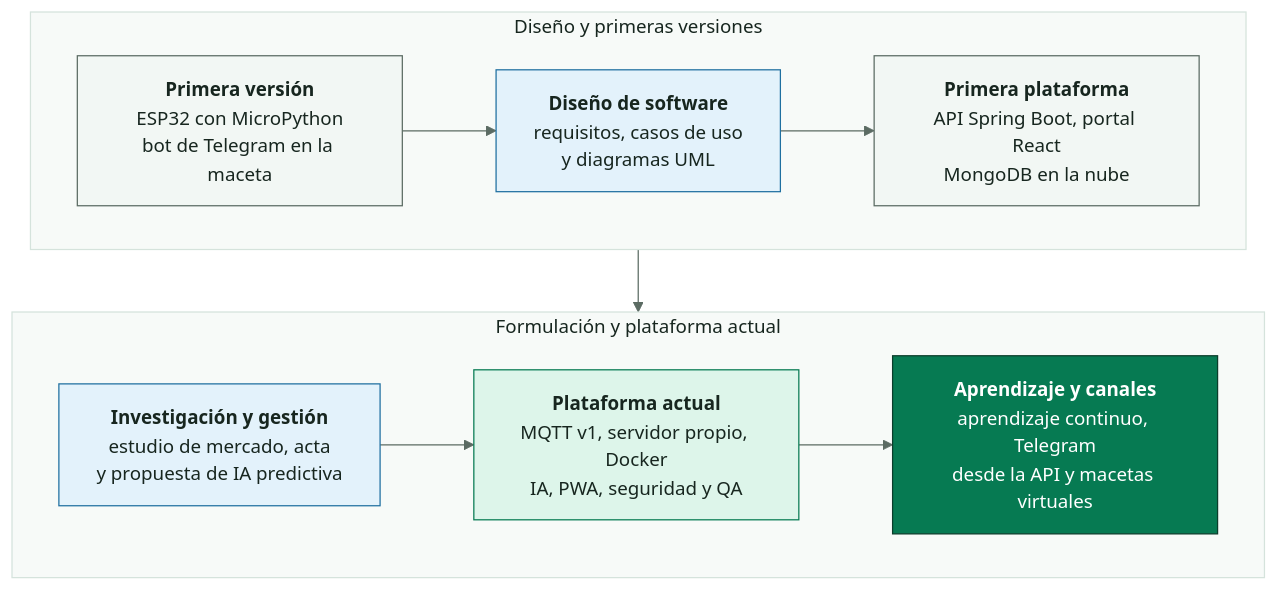
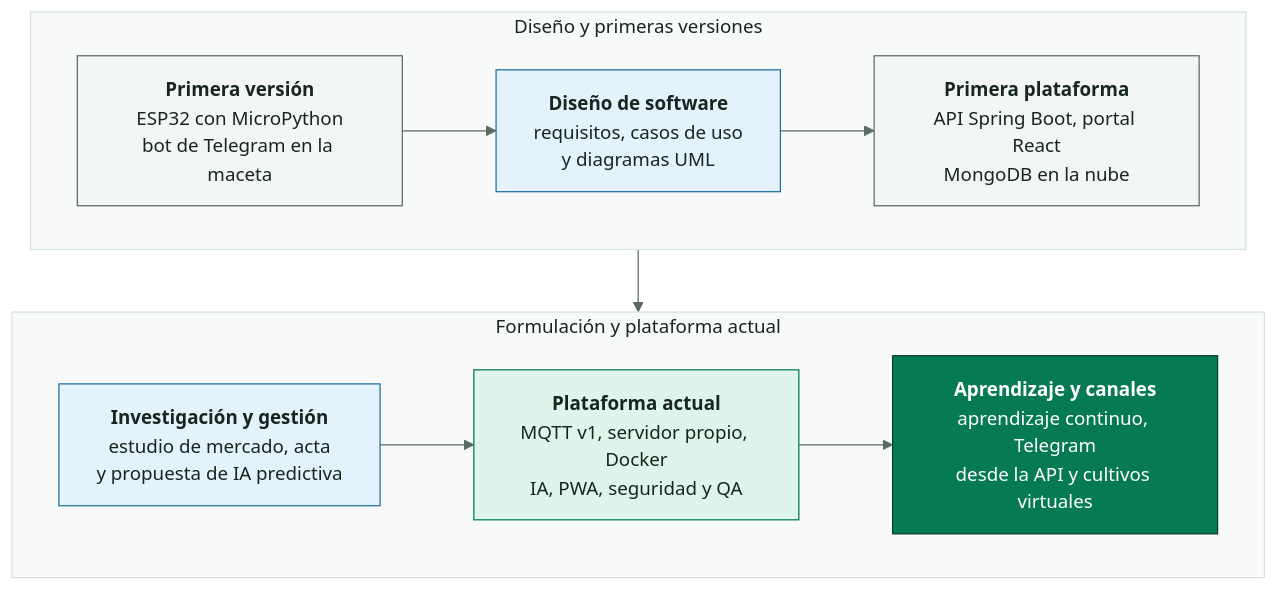
Before and after one commit to SmartPotTech/.github: the diagram in docs/diagrams/SmartPot_17_Evolution.mmd, drawn with Mermaid.

Commit message:
Mention virtual crops in the evolution diagram

```diff
--- a/docs/diagrams/SmartPot_17_Evolution.mmd
+++ b/docs/diagrams/SmartPot_17_Evolution.mmd
@@ -1,21 +1,21 @@
 %%{init: {"theme": "base", "fontFamily": "Segoe UI, Arial, sans-serif", "themeVariables": {"fontFamily": "Segoe UI, Arial, sans-serif", "fontSize": "15px", "primaryColor": "#DDF5EA", "primaryTextColor": "#17261F", "primaryBorderColor": "#067A52", "secondaryColor": "#E3F2FB", "secondaryTextColor": "#17261F", "secondaryBorderColor": "#1F6FA0", "tertiaryColor": "#F2F7F4", "tertiaryTextColor": "#17261F", "tertiaryBorderColor": "#D5E3DC", "lineColor": "#5B6B63", "textColor": "#17261F", "mainBkg": "#DDF5EA", "nodeBorder": "#067A52", "clusterBkg": "#F7FAF8", "clusterBorder": "#D5E3DC", "edgeLabelBackground": "#FFFFFF", "actorBkg": "#067A52", "actorBorder": "#0B3D2B", "actorTextColor": "#FFFFFF", "actorLineColor": "#5B6B63", "signalColor": "#17261F", "signalTextColor": "#17261F", "labelBoxBkgColor": "#0B3D2B", "labelBoxBorderColor": "#0B3D2B", "labelTextColor": "#FFFFFF", "loopTextColor": "#0B3D2B", "noteBkgColor": "#FDF4DD", "noteBorderColor": "#C98D12", "noteTextColor": "#17261F", "activationBkgColor": "#DDF5EA", "activationBorderColor": "#067A52", "attributeBackgroundColorOdd": "#FFFFFF", "attributeBackgroundColorEven": "#F2F7F4"}}}%%
 flowchart TB
   subgraph antes["Diseño y primeras versiones"]
     direction LR
     f1["<b>Primera versión</b><br/>ESP32 con MicroPython<br/>bot de Telegram en la maceta"] --> f2["<b>Diseño de software</b><br/>requisitos, casos de uso<br/>y diagramas UML"]
     f2 --> f3["<b>Primera plataforma</b><br/>API Spring Boot, portal React<br/>MongoDB en la nube"]
   end
   subgraph despues["Formulación y plataforma actual"]
     direction LR
     f4["<b>Investigación y gestión</b><br/>estudio de mercado, acta<br/>y propuesta de IA predictiva"] --> f5["<b>Plataforma actual</b><br/>MQTT v1, servidor propio, Docker<br/>IA, PWA, seguridad y QA"]
-    f5 --> f6["<b>Aprendizaje y canales</b><br/>aprendizaje continuo, Telegram<br/>desde la API y macetas virtuales"]
+    f5 --> f6["<b>Aprendizaje y canales</b><br/>aprendizaje continuo, Telegram<br/>desde la API y cultivos virtuales"]
   end
   antes --> despues
   classDef past fill:#F2F7F4,stroke:#5B6B63,color:#17261F
   classDef design fill:#E3F2FB,stroke:#1F6FA0,color:#17261F
   classDef now fill:#DDF5EA,stroke:#067A52,color:#17261F
   classDef latest fill:#067A52,stroke:#0B3D2B,color:#FFFFFF
   class f1,f3 past
   class f2,f4 design
   class f5 now
   class f6 latest
```
